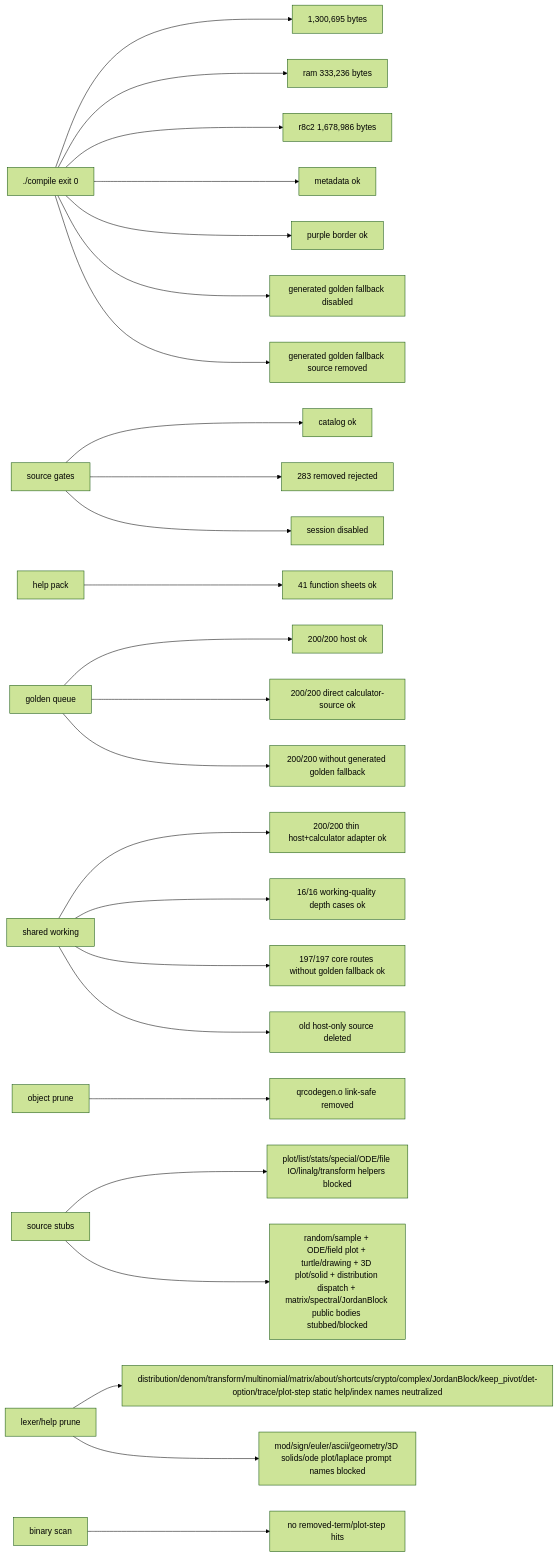
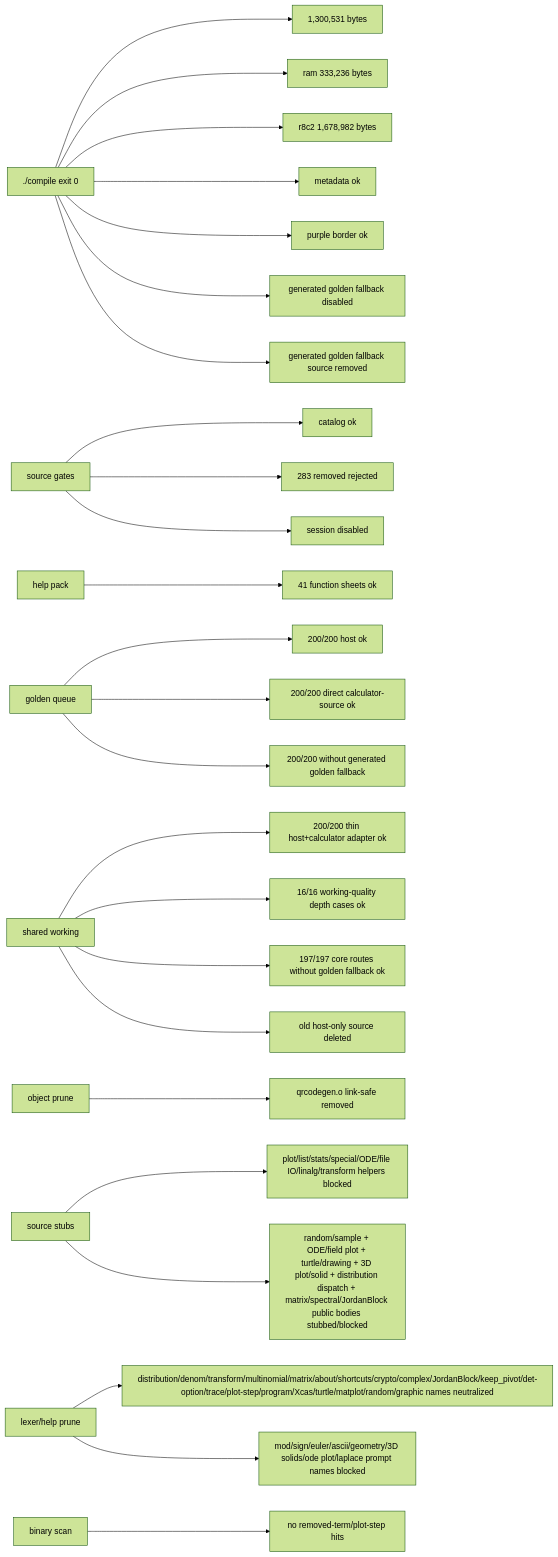
Before and after one commit to james8464/notes-addin-casio-fx-cg50: the seventh of 7 diagrams in docs/GRAPH.md, drawn with Mermaid (forest theme). The commit also changed other lines of this file and 20 other files, not shown here.

````diff
--- a/docs/GRAPH.md
+++ b/docs/GRAPH.md
@@ -172,27 +174,27 @@
 ```mermaid
 graph LR
-  Build["./compile exit 0"] --> Size["1,300,695 bytes"]
+  Build["./compile exit 0"] --> Size["1,300,531 bytes"]
   Build --> Ram["ram 333,236 bytes"]
-  Build --> R8C2["r8c2 1,678,986 bytes"]
+  Build --> R8C2["r8c2 1,678,982 bytes"]
   Build --> Meta["metadata ok"]
   Build --> Border["purple border ok"]
   Build --> NoRuntimeFallback["generated golden fallback disabled"]
   Build --> NoRuntimeSource["generated golden fallback source removed"]
   Source["source gates"] --> Catalog["catalog ok"]
   Source --> Removed["283 removed rejected"]
   Source --> Session["session disabled"]
   Help["help pack"] --> HelpQ["41 function sheets ok"]
   Queue["golden queue"] --> QueueRun["200/200 host ok"]
   Queue --> GoldenRun["200/200 direct calculator-source ok"]
   Queue --> NoGolden["200/200 without generated golden fallback"]
   Shared["shared working"] --> SharedRun["200/200 thin host+calculator adapter ok"]
   Shared --> WorkQ["16/16 working-quality depth cases ok"]
   Shared --> CoreRun["197/197 core routes without golden fallback ok"]
   Shared --> NoHostSrc["old host-only source deleted"]
   Obj["object prune"] --> QR["qrcodegen.o link-safe removed"]
   Macro["source stubs"] --> Stubbed["plot/list/stats/special/ODE/file IO/linalg/transform helpers blocked"]
   Macro --> RuntimeStubbed["random/sample + ODE/field plot + turtle/drawing + 3D plot/solid + distribution dispatch + matrix/spectral/JordanBlock public bodies stubbed/blocked"]
-  Static["lexer/help prune"] --> StaticRun["distribution/denom/transform/multinomial/matrix/about/shortcuts/crypto/complex/JordanBlock/keep_pivot/det-option/trace/plot-step static help/index names neutralized"]
+  Static["lexer/help prune"] --> StaticRun["distribution/denom/transform/multinomial/matrix/about/shortcuts/crypto/complex/JordanBlock/keep_pivot/det-option/trace/plot-step/program/Xcas/turtle/matplot/random/graphic names neutralized"]
   Static --> PromptRun["mod/sign/euler/ascii/geometry/3D solids/ode plot/laplace prompt names blocked"]
   Bin["binary scan"] --> NoLeak["no removed-term/plot-step hits"]
 ```
````
